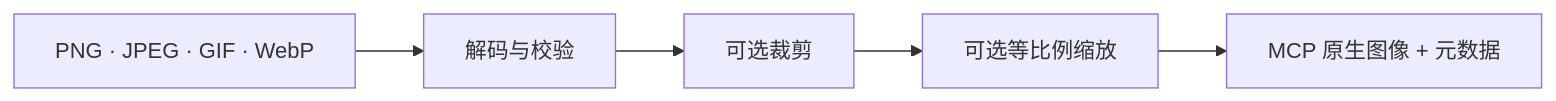
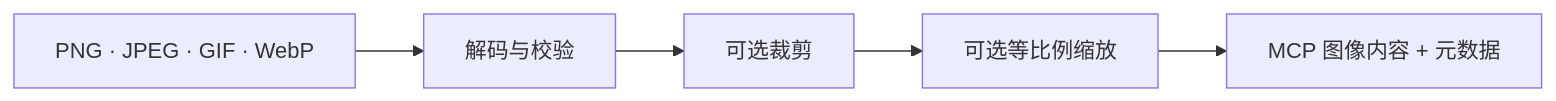
Before and after one commit to hicancan/local-runtime-mcp: the fifth of 7 diagrams in README.zh-CN.md, drawn with Mermaid. The commit also changed other lines of this file and 21 other files, not shown here.

````diff
--- a/README.zh-CN.md
+++ b/README.zh-CN.md
@@ -137,7 +192,7 @@
 ```mermaid
 flowchart LR
-    FILE[PNG · JPEG · GIF · WebP] --> DECODE[解码与校验]
-    DECODE --> CROP[可选裁剪]
+    FILE[PNG · JPEG · GIF · WebP] --> VALIDATE[解码与校验]
+    VALIDATE --> CROP[可选裁剪]
     CROP --> SCALE[可选等比例缩放]
-    SCALE --> MCPIMG[MCP 原生图像 + 元数据]
+    SCALE --> RESULT[MCP 图像内容 + 元数据]
 ```
````
